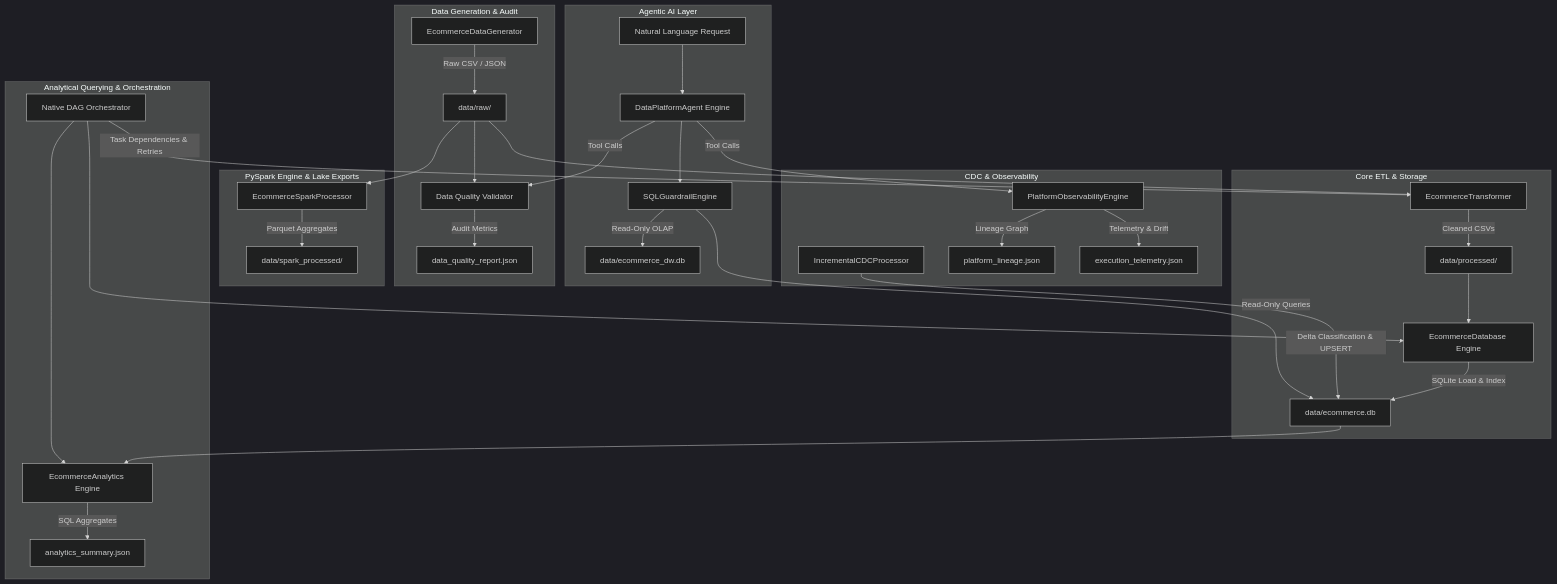
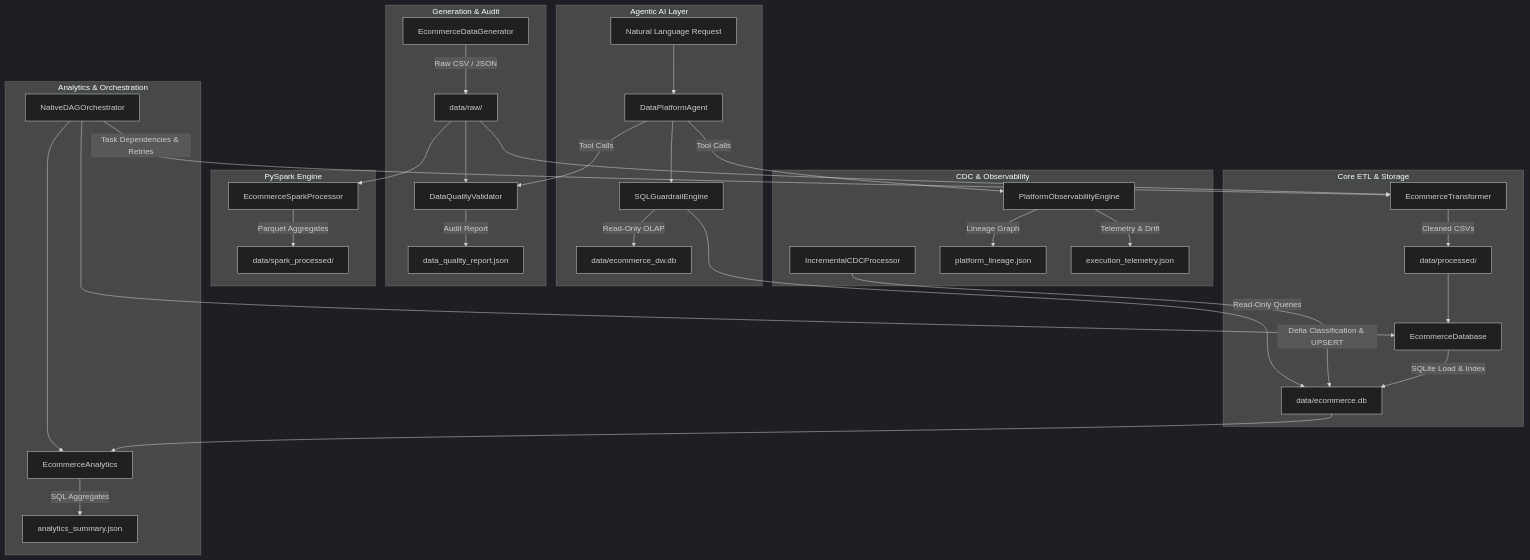
The diagram in README.md (RISITA-BISWAL/ecommerce-platform), drawn with Mermaid (dark theme) before and after one commit. The commit also changed other lines of this file, not shown here.

````diff
--- a/README.md
+++ b/README.md
@@ -86,43 +42,43 @@
 ```mermaid
 flowchart TD
-    subgraph Data Generation & Audit
+    subgraph Generation & Audit
         A[EcommerceDataGenerator] -->|Raw CSV / JSON| B[data/raw/]
-        B --> C[Data Quality Validator]
-        C -->|Audit Metrics| D[data_quality_report.json]
+        B --> C[DataQualityValidator]
+        C -->|Audit Report| D[data_quality_report.json]
     end
 
     subgraph Core ETL & Storage
         B --> E[EcommerceTransformer]
         E -->|Cleaned CSVs| F[data/processed/]
-        F --> G[EcommerceDatabase Engine]
+        F --> G[EcommerceDatabase]
         G -->|SQLite Load & Index| H[data/ecommerce.db]
     end
 
-    subgraph Analytical Querying & Orchestration
-        H --> I[EcommerceAnalytics Engine]
+    subgraph Analytics & Orchestration
+        H --> I[EcommerceAnalytics]
         I -->|SQL Aggregates| J[analytics_summary.json]
-        K[Native DAG Orchestrator] -->|Task Dependencies & Retries| E
+        K[NativeDAGOrchestrator] -->|Task Dependencies & Retries| E
         K --> G
         K --> I
     end
 
-    subgraph PySpark Engine & Lake Exports
+    subgraph PySpark Engine
         B --> L[EcommerceSparkProcessor]
         L -->|Parquet Aggregates| M[data/spark_processed/]
     end
 
     subgraph CDC & Observability
         N[IncrementalCDCProcessor] -->|Delta Classification & UPSERT| H
         O[PlatformObservabilityEngine] -->|Lineage Graph| P[platform_lineage.json]
         O -->|Telemetry & Drift| Q[execution_telemetry.json]
     end
 
     subgraph Agentic AI Layer
-        R[Natural Language Request] --> S[DataPlatformAgent Engine]
+        R[Natural Language Request] --> S[DataPlatformAgent]
         S --> T[SQLGuardrailEngine]
         T -->|Read-Only Queries| H
         T -->|Read-Only OLAP| DW[data/ecommerce_dw.db]
         S -->|Tool Calls| O
         S -->|Tool Calls| C
     end
 ```
````
